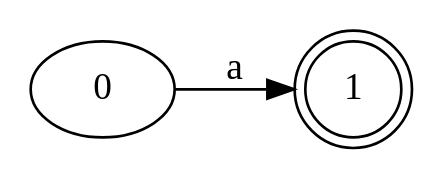
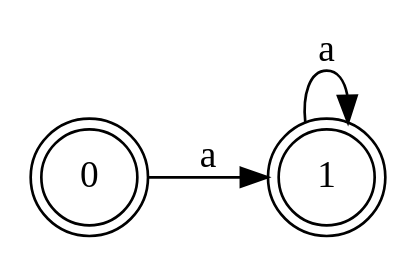
The diagram in grafos/Resultado Subconjuntos.gv (estebancabreraa/proyecto-diseno-lenguajes), drawn with Graphviz before and after one commit. The commit also changed 13 other files, not shown here.

```diff
--- a/grafos/Resultado Subconjuntos.gv
+++ b/grafos/Resultado Subconjuntos.gv
@@ -1,6 +1,7 @@
 digraph Automata {
 	rankdir=LR
-	0 [label=0]
+	0 [label=0 shape=doublecircle]
 	1 [label=1 shape=doublecircle]
 	0 -> 1 [label=a]
+	1 -> 1 [label=a]
 }
```
